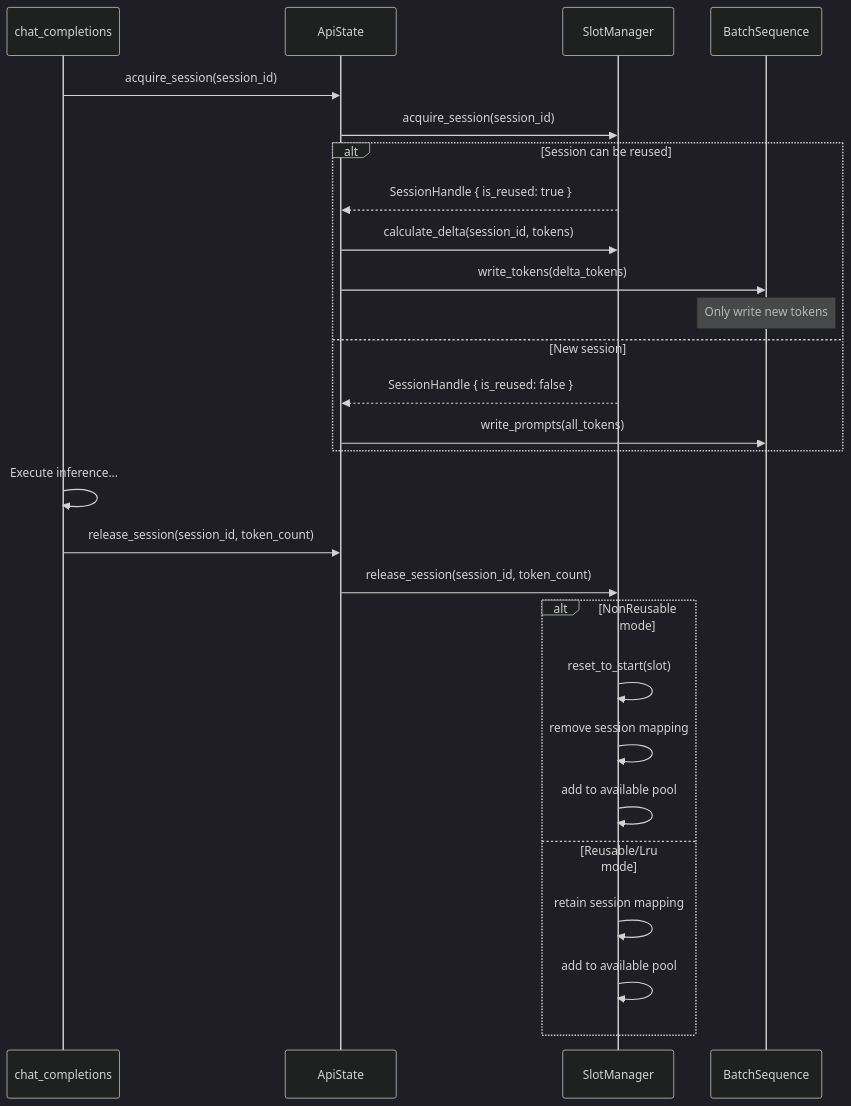
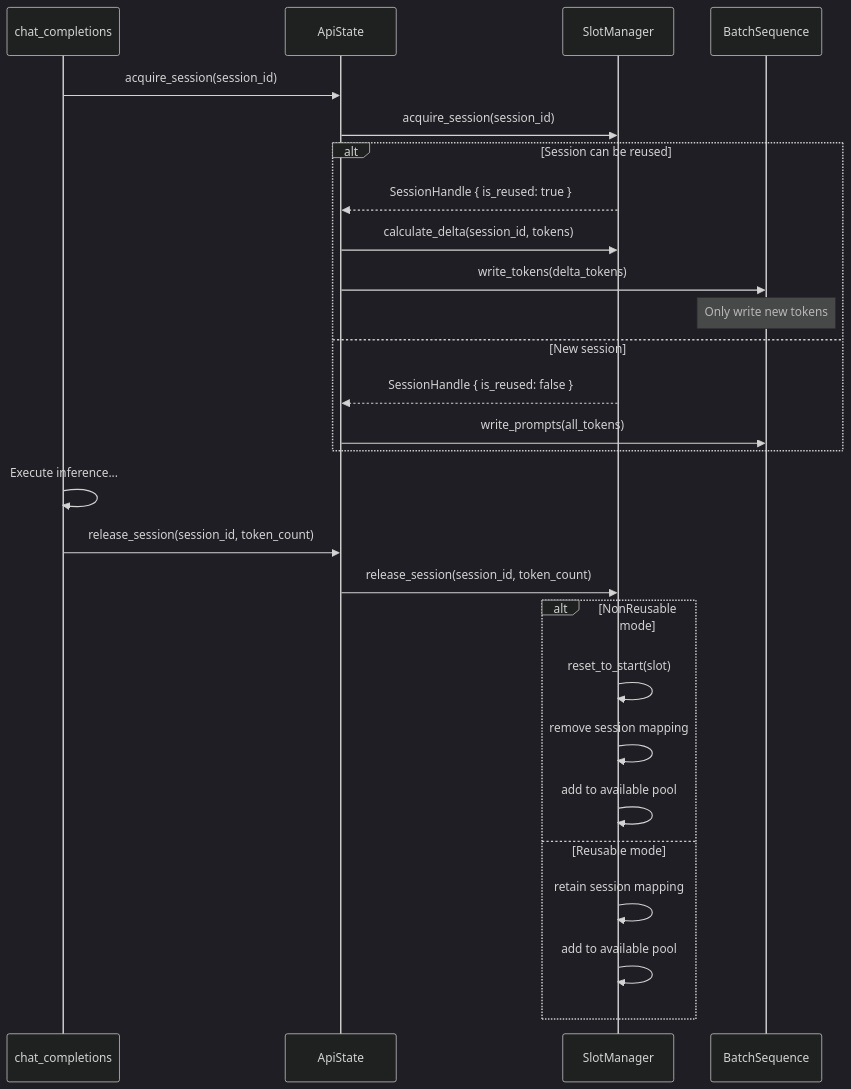
The fourth of 5 diagrams in docs/design/runtime/session_management.md (lucienhuangfu/eLLM), drawn with Mermaid (dark theme) before and after one commit. The commit also changed other lines of this file and 18 other files, not shown here.

First line of the commit message:
Remove Lru mode, use Reusable; add ApiError

````diff
--- a/docs/design/runtime/session_management.md
+++ b/docs/design/runtime/session_management.md
@@ -439,34 +443,34 @@
 ```mermaid
 sequenceDiagram
     participant Handler as chat_completions
     participant ApiState as ApiState
     participant SlotMgr as SlotManager
     participant BatchSeq as BatchSequence
 
     Handler->>ApiState: acquire_session(session_id)
     ApiState->>SlotMgr: acquire_session(session_id)
     
     alt Session can be reused
         SlotMgr-->>ApiState: SessionHandle { is_reused: true }
         ApiState->>SlotMgr: calculate_delta(session_id, tokens)
         ApiState->>BatchSeq: write_tokens(delta_tokens)
         Note over BatchSeq: Only write new tokens
     else New session
         SlotMgr-->>ApiState: SessionHandle { is_reused: false }
         ApiState->>BatchSeq: write_prompts(all_tokens)
     end
 
     Handler->>Handler: Execute inference...
     
     Handler->>ApiState: release_session(session_id, token_count)
     ApiState->>SlotMgr: release_session(session_id, token_count)
     
     alt NonReusable mode
         SlotMgr->>SlotMgr: reset_to_start(slot)
         SlotMgr->>SlotMgr: remove session mapping
         SlotMgr->>SlotMgr: add to available pool
-    else Reusable/Lru mode
+    else Reusable mode
         SlotMgr->>SlotMgr: retain session mapping
         SlotMgr->>SlotMgr: add to available pool
     end
 ```
````
